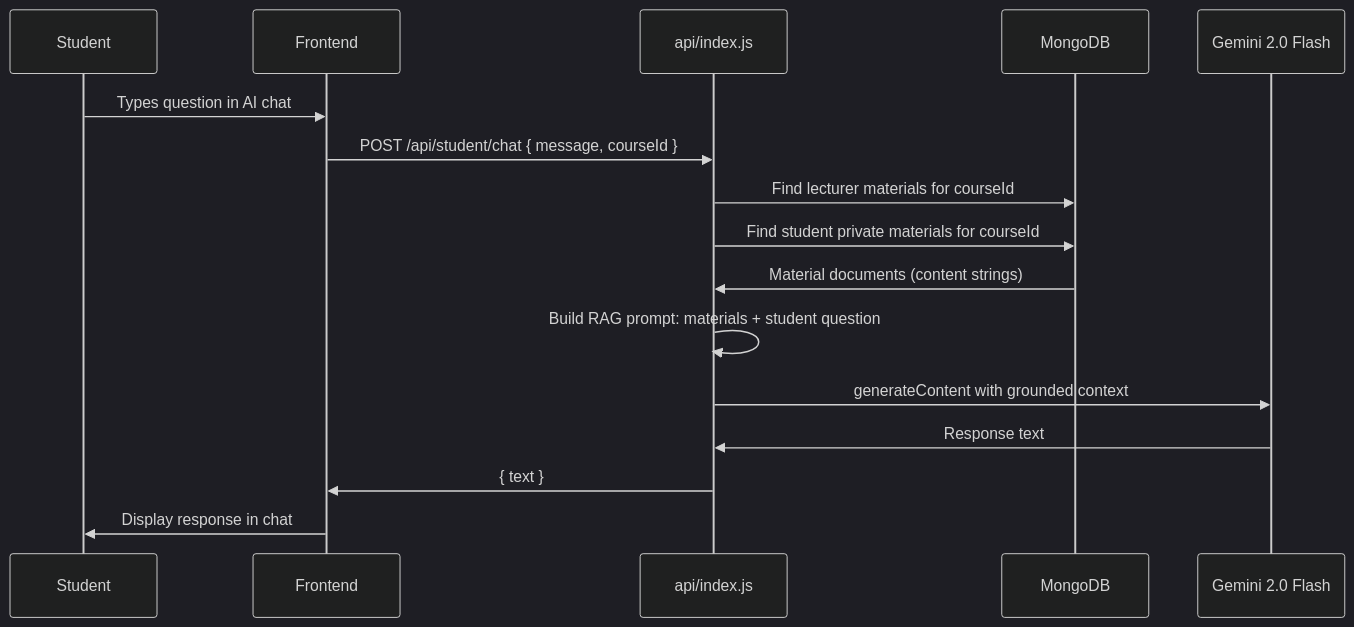
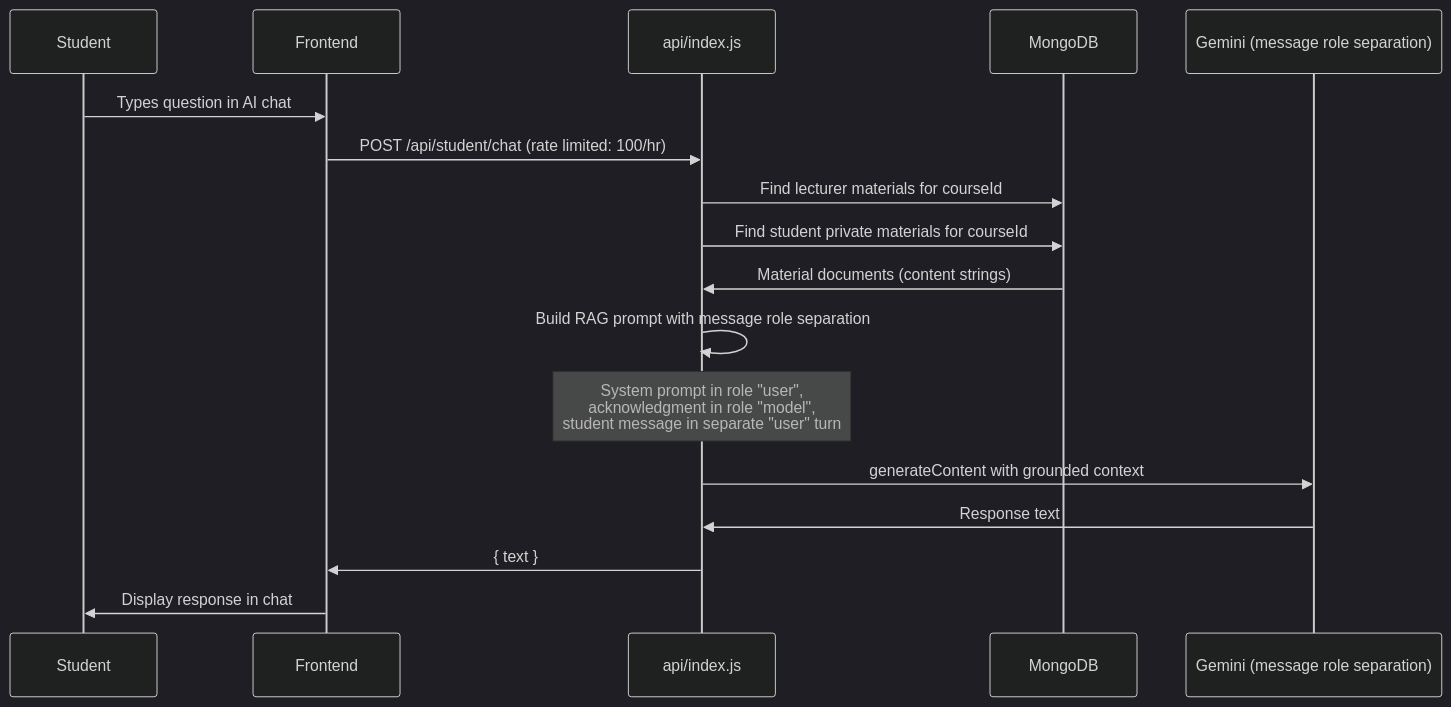
The fourth of 5 diagrams in ARCHITECTURE.md (Oratias07/CHAM-Agent), drawn with Mermaid (dark theme) before and after one commit. The commit also changed other lines of this file and 24 other files, not shown here.

````diff
--- a/ARCHITECTURE.md
+++ b/ARCHITECTURE.md
@@ -149,19 +189,20 @@
 ```mermaid
 sequenceDiagram
     participant Student
     participant Frontend
     participant Backend as api/index.js
     participant MongoDB
-    participant Gemini as Gemini 2.0 Flash
+    participant Gemini as Gemini (message role separation)
 
     Student->>Frontend: Types question in AI chat
-    Frontend->>Backend: POST /api/student/chat { message, courseId }
+    Frontend->>Backend: POST /api/student/chat (rate limited: 100/hr)
     Backend->>MongoDB: Find lecturer materials for courseId
     Backend->>MongoDB: Find student private materials for courseId
     MongoDB->>Backend: Material documents (content strings)
-    Backend->>Backend: Build RAG prompt: materials + student question
+    Backend->>Backend: Build RAG prompt with message role separation
+    Note over Backend: System prompt in role "user",<br/>acknowledgment in role "model",<br/>student message in separate "user" turn
     Backend->>Gemini: generateContent with grounded context
     Gemini->>Backend: Response text
     Backend->>Frontend: { text }
     Frontend->>Student: Display response in chat
 ```
````
